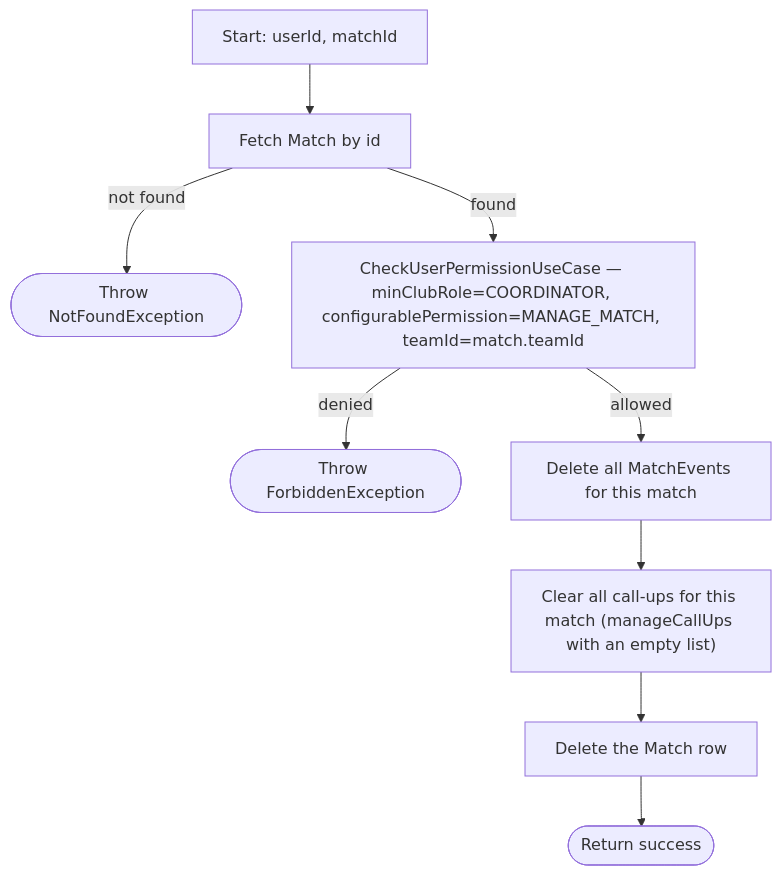
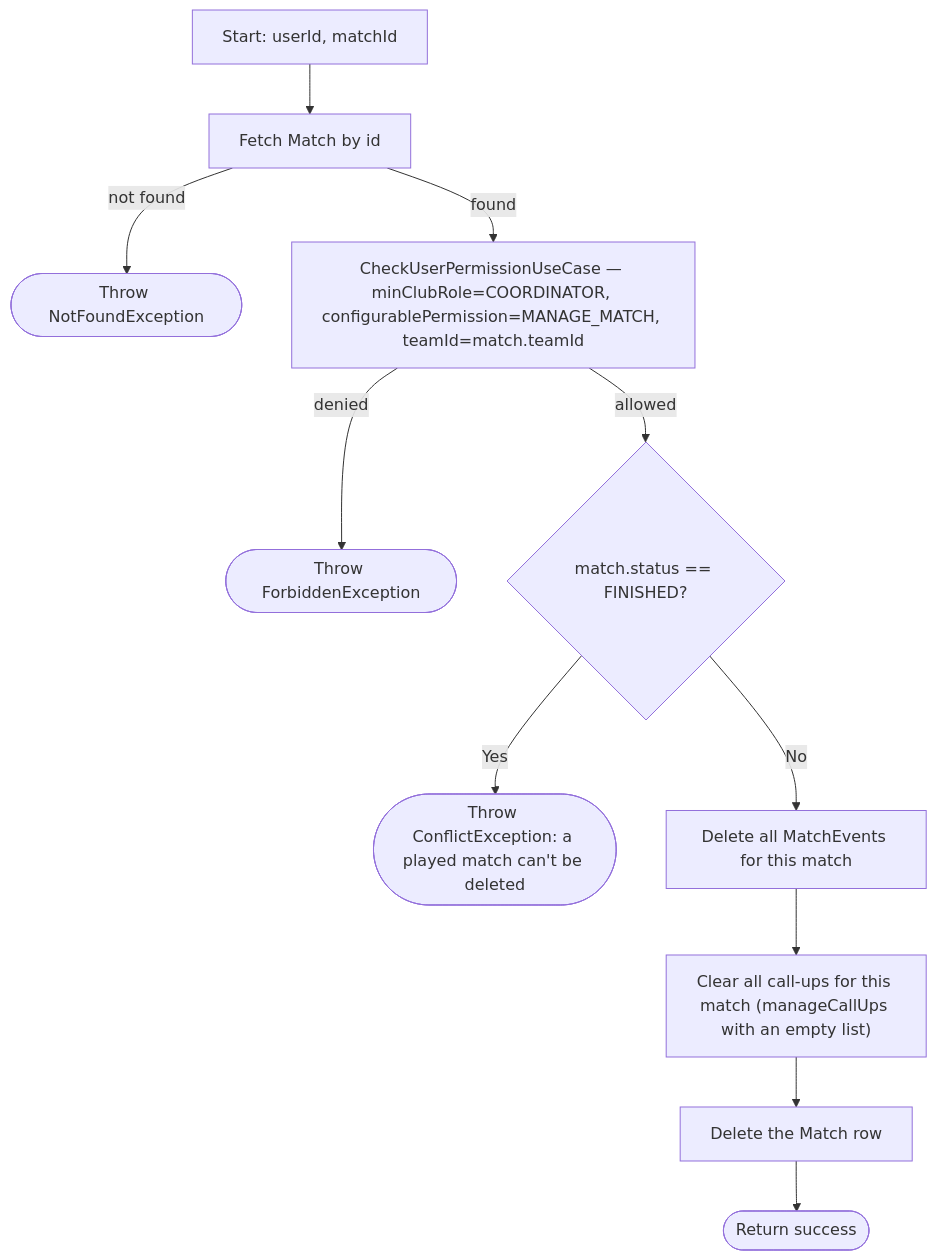
One commit to ricardofrango/squadify changed diagram 42 of 57 in PROCESS_FLOWS.md. Above: the diagram before and after it, drawn with Mermaid. The commit also changed other lines of this file and 3 other files, not shown here.

First line of the commit message:
Don't allow deleting a match that has been played

````diff
--- a/PROCESS_FLOWS.md
+++ b/PROCESS_FLOWS.md
@@ -906,11 +906,13 @@
 ```mermaid
 graph TD
     A[Start: userId, matchId] --> B[Fetch Match by id]
     B -- not found --> N(["Throw NotFoundException"])
     B -- found --> C[CheckUserPermissionUseCase — minClubRole=COORDINATOR, configurablePermission=MANAGE_MATCH, teamId=match.teamId]
     C -- denied --> F(["Throw ForbiddenException"])
-    C -- allowed --> D["Delete all MatchEvents for this match"]
+    C -- allowed --> ST{match.status == FINISHED?}
+    ST -- Yes --> CF(["Throw ConflictException: a played match can't be deleted"])
+    ST -- No --> D["Delete all MatchEvents for this match"]
     D --> E["Clear all call-ups for this match (manageCallUps with an empty list)"]
     E --> G["Delete the Match row"]
     G --> Z(["Return success"])
 ```
````
